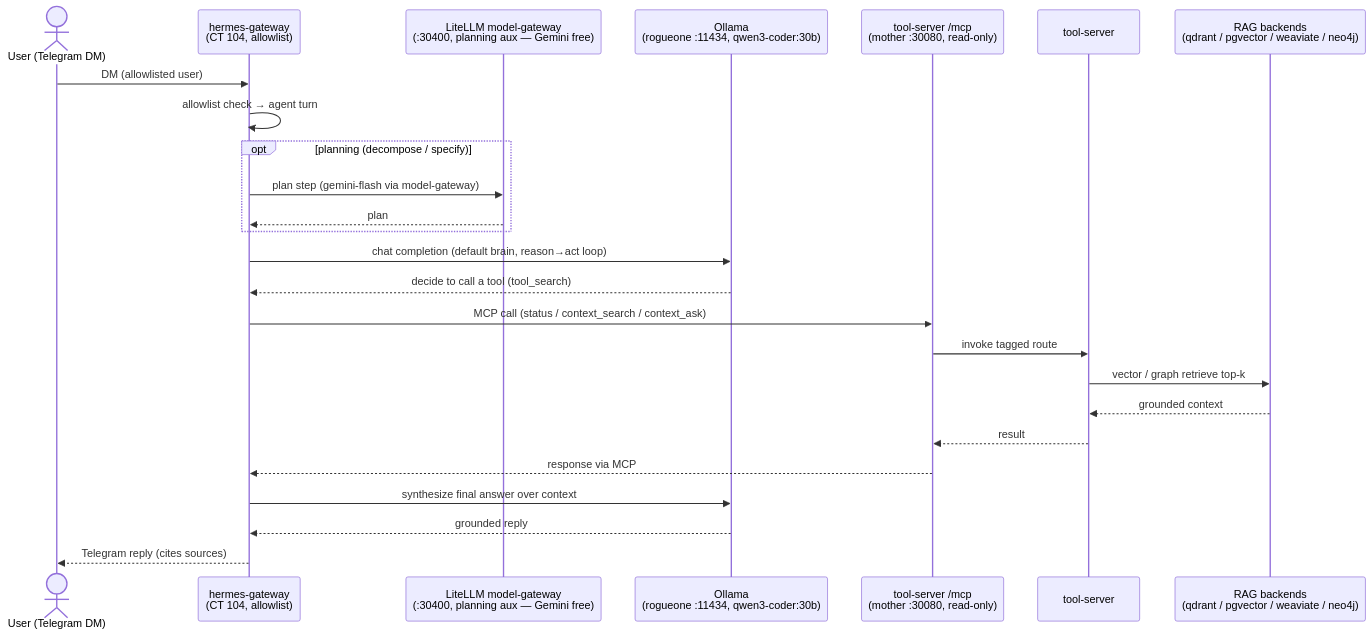
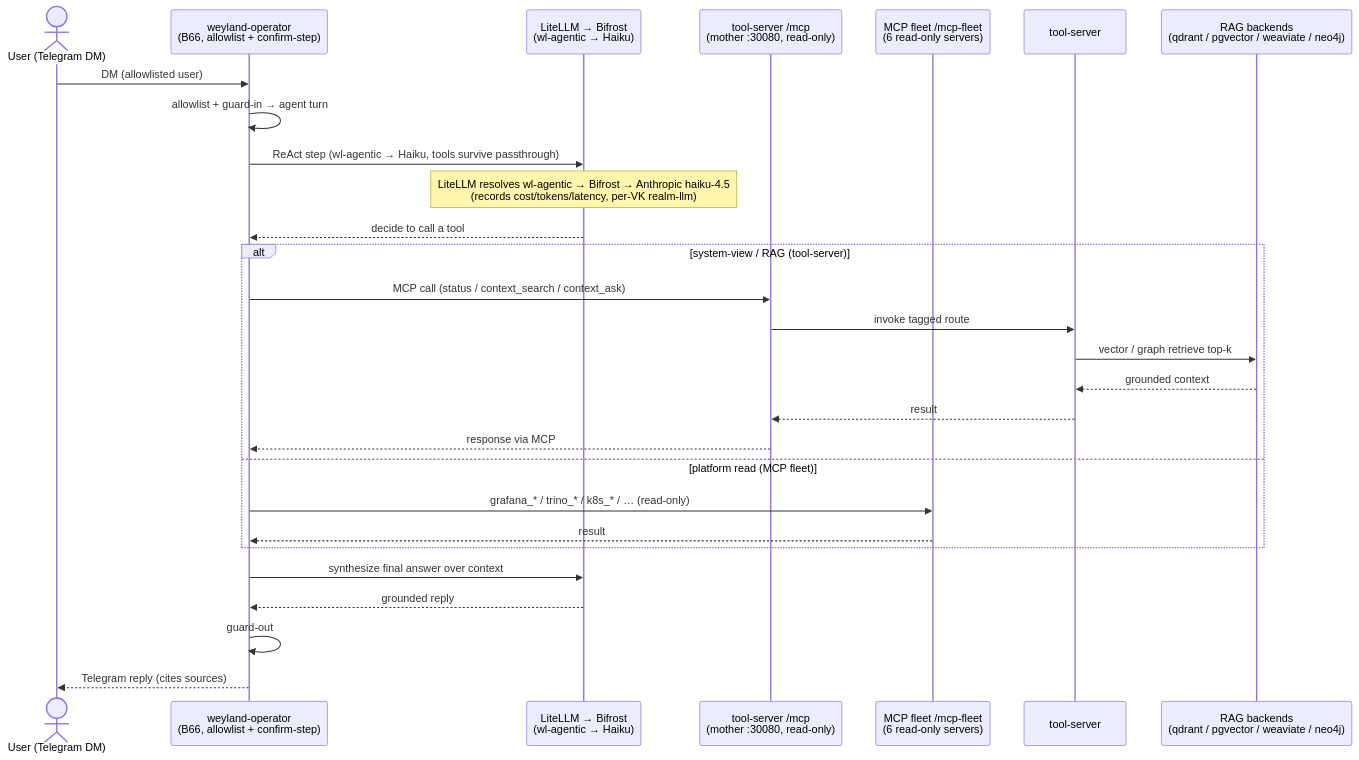
One commit to edtbl76/weyland-lab changed the diagram in docs/diagrams/flow-e2e-agent.md. Above: the diagram before and after it, drawn with Mermaid. The commit also changed other lines of this file and 14 other files, not shown here.

Commit message:
Route all LiteLLM hosted lanes through Bifrost for consistent provider egress, add per-VK attribution, and update diagrams and docs for new architecture.

````diff
--- a/docs/diagrams/flow-e2e-agent.md
+++ b/docs/diagrams/flow-e2e-agent.md
@@ -9,28 +9,31 @@
 ```mermaid
 sequenceDiagram
     actor U as User (Telegram DM)
-    participant GW as hermes-gateway<br/>(CT 104, allowlist)
-    participant LLM as LiteLLM model-gateway<br/>(:30400, planning aux — Gemini free)
-    participant OLL as Ollama<br/>(rogueone :11434, qwen3-coder:30b)
+    participant OP as weyland-operator<br/>(B66, allowlist + confirm-step)
+    participant BR as LiteLLM → Bifrost<br/>(wl-agentic → Haiku)
     participant MCP as tool-server /mcp<br/>(mother :30080, read-only)
+    participant FL as MCP fleet /mcp-fleet<br/>(6 read-only servers)
     participant TS as tool-server
     participant RAG as RAG backends<br/>(qdrant / pgvector / weaviate / neo4j)
 
-    U->>GW: DM (allowlisted user)
-    GW->>GW: allowlist check → agent turn
-    opt planning (decompose / specify)
-        GW->>LLM: plan step (gemini-flash via model-gateway)
-        LLM-->>GW: plan
+    U->>OP: DM (allowlisted user)
+    OP->>OP: allowlist + guard-in → agent turn
+    OP->>BR: ReAct step (wl-agentic → Haiku, tools survive passthrough)
+    Note over BR: LiteLLM resolves wl-agentic → Bifrost → Anthropic haiku-4.5<br/>(records cost/tokens/latency, per-VK realm-llm)
+    BR-->>OP: decide to call a tool
+    alt system-view / RAG (tool-server)
+        OP->>MCP: MCP call (status / context_search / context_ask)
+        MCP->>TS: invoke tagged route
+        TS->>RAG: vector / graph retrieve top-k
+        RAG-->>TS: grounded context
+        TS-->>MCP: result
+        MCP-->>OP: response via MCP
+    else platform read (MCP fleet)
+        OP->>FL: grafana_* / trino_* / k8s_* / … (read-only)
+        FL-->>OP: result
     end
-    GW->>OLL: chat completion (default brain, reason→act loop)
-    OLL-->>GW: decide to call a tool (tool_search)
-    GW->>MCP: MCP call (status / context_search / context_ask)
-    MCP->>TS: invoke tagged route
-    TS->>RAG: vector / graph retrieve top-k
-    RAG-->>TS: grounded context
-    TS-->>MCP: result
-    MCP-->>GW: response via MCP
-    GW->>OLL: synthesize final answer over context
-    OLL-->>GW: grounded reply
-    GW-->>U: Telegram reply (cites sources)
+    OP->>BR: synthesize final answer over context
+    BR-->>OP: grounded reply
+    OP->>OP: guard-out
+    OP-->>U: Telegram reply (cites sources)
 ```
````
